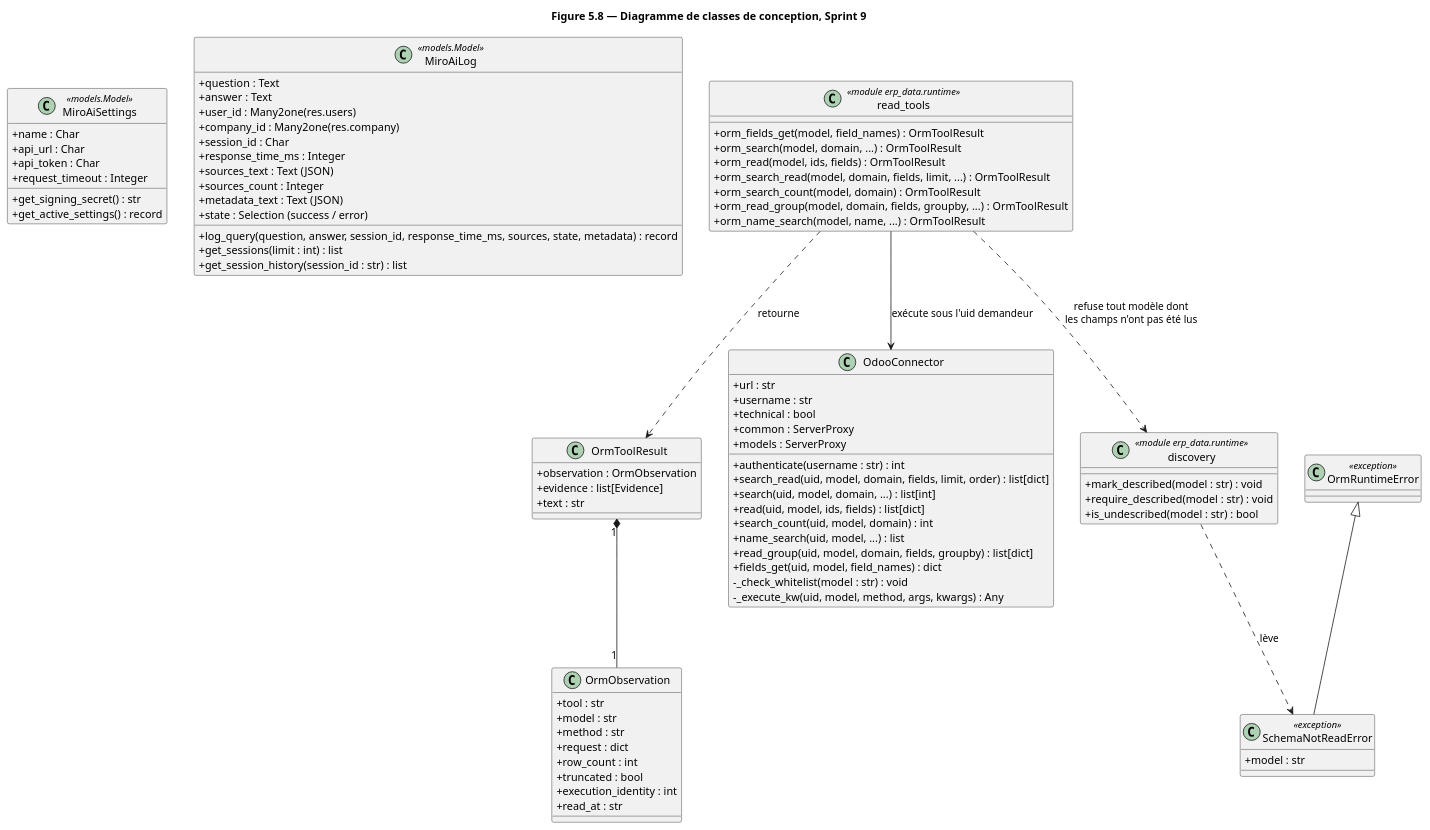
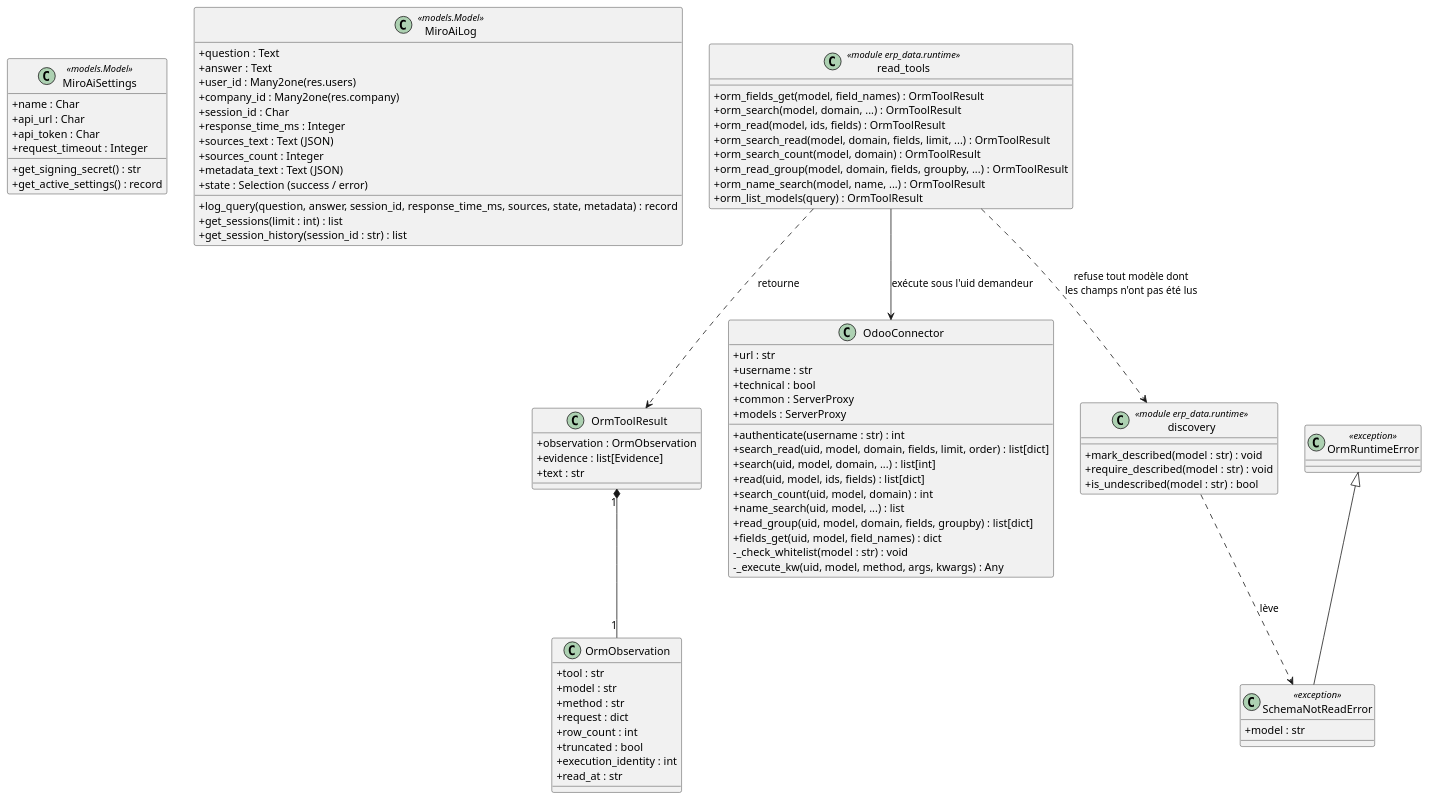
Before and after one commit to katsuki2000/odoo-ia-prototype: the diagram in todo/diagrammes/5_8_classes_sprint9.puml, drawn with PlantUML. The commit also changed 30 other files, not shown here.

```diff
--- a/todo/diagrammes/5_8_classes_sprint9.puml
+++ b/todo/diagrammes/5_8_classes_sprint9.puml
@@ -1,93 +1,93 @@
 @startuml 5_8_classes_sprint9
-title Figure 5.8 — Diagramme de classes de conception, Sprint 9
 skinparam classAttributeIconSize 0
 
 class MiroAiSettings <<models.Model>> {
   +name : Char
   +api_url : Char
   +api_token : Char
   +request_timeout : Integer
   +get_signing_secret() : str
   +get_active_settings() : record
 }
 
 class MiroAiLog <<models.Model>> {
   +question : Text
   +answer : Text
   {field} +user_id : Many2one(res.users)
   {field} +company_id : Many2one(res.company)
   +session_id : Char
   +response_time_ms : Integer
   {field} +sources_text : Text (JSON)
   +sources_count : Integer
   {field} +metadata_text : Text (JSON)
   {field} +state : Selection (success / error)
   +log_query(question, answer, session_id, response_time_ms, sources, state, metadata) : record
   +get_sessions(limit : int) : list
   +get_session_history(session_id : str) : list
 }
 
 class "read_tools" as OrmRuntimeReadTools <<module erp_data.runtime>> {
   +orm_fields_get(model, field_names) : OrmToolResult
   +orm_search(model, domain, ...) : OrmToolResult
   +orm_read(model, ids, fields) : OrmToolResult
   +orm_search_read(model, domain, fields, limit, ...) : OrmToolResult
   +orm_search_count(model, domain) : OrmToolResult
   +orm_read_group(model, domain, fields, groupby, ...) : OrmToolResult
   +orm_name_search(model, name, ...) : OrmToolResult
+  +orm_list_models(query) : OrmToolResult
 }
 
 class OrmToolResult {
   +observation : OrmObservation
   +evidence : list[Evidence]
   +text : str
 }
 
 class OrmObservation {
   +tool : str
   +model : str
   +method : str
   +request : dict
   +row_count : int
   +truncated : bool
   +execution_identity : int
   +read_at : str
 }
 
 class OdooConnector {
   +url : str
   +username : str
   +technical : bool
   +common : ServerProxy
   +models : ServerProxy
   +authenticate(username : str) : int
   +search_read(uid, model, domain, fields, limit, order) : list[dict]
   +search(uid, model, domain, ...) : list[int]
   +read(uid, model, ids, fields) : list[dict]
   +search_count(uid, model, domain) : int
   +name_search(uid, model, ...) : list
   +read_group(uid, model, domain, fields, groupby) : list[dict]
   +fields_get(uid, model, field_names) : dict
   -_check_whitelist(model : str) : void
   -_execute_kw(uid, model, method, args, kwargs) : Any
 }
 
 class "discovery" as Discovery <<module erp_data.runtime>> {
   +mark_described(model : str) : void
   +require_described(model : str) : void
   +is_undescribed(model : str) : bool
 }
 
 class OrmRuntimeError <<exception>>
 
 class SchemaNotReadError <<exception>> {
   +model : str
 }
 
 OrmRuntimeReadTools ..> OrmToolResult : retourne
 OrmToolResult "1" *-- "1" OrmObservation
 OrmRuntimeReadTools --> OdooConnector : exécute sous l'uid demandeur
 OrmRuntimeReadTools ..> Discovery : refuse tout modèle dont\nles champs n'ont pas été lus
 Discovery ..> SchemaNotReadError : lève
 OrmRuntimeError <|-- SchemaNotReadError
 @enduml
```
